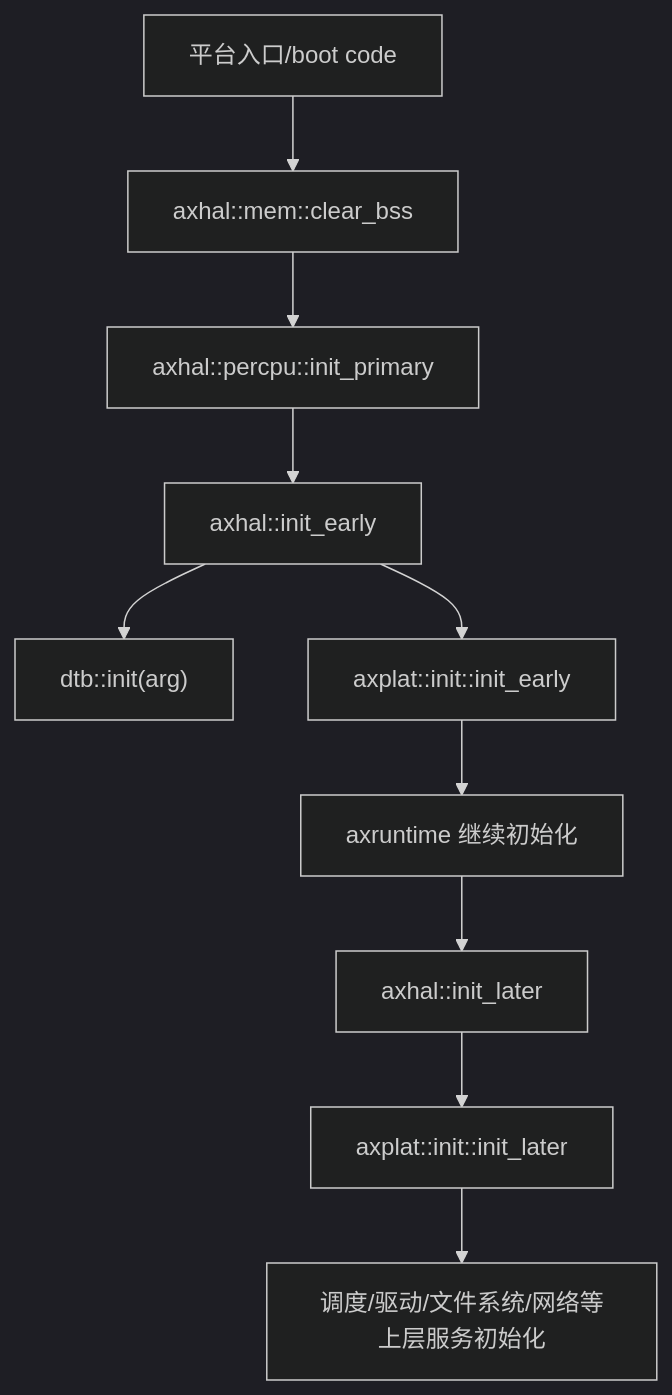
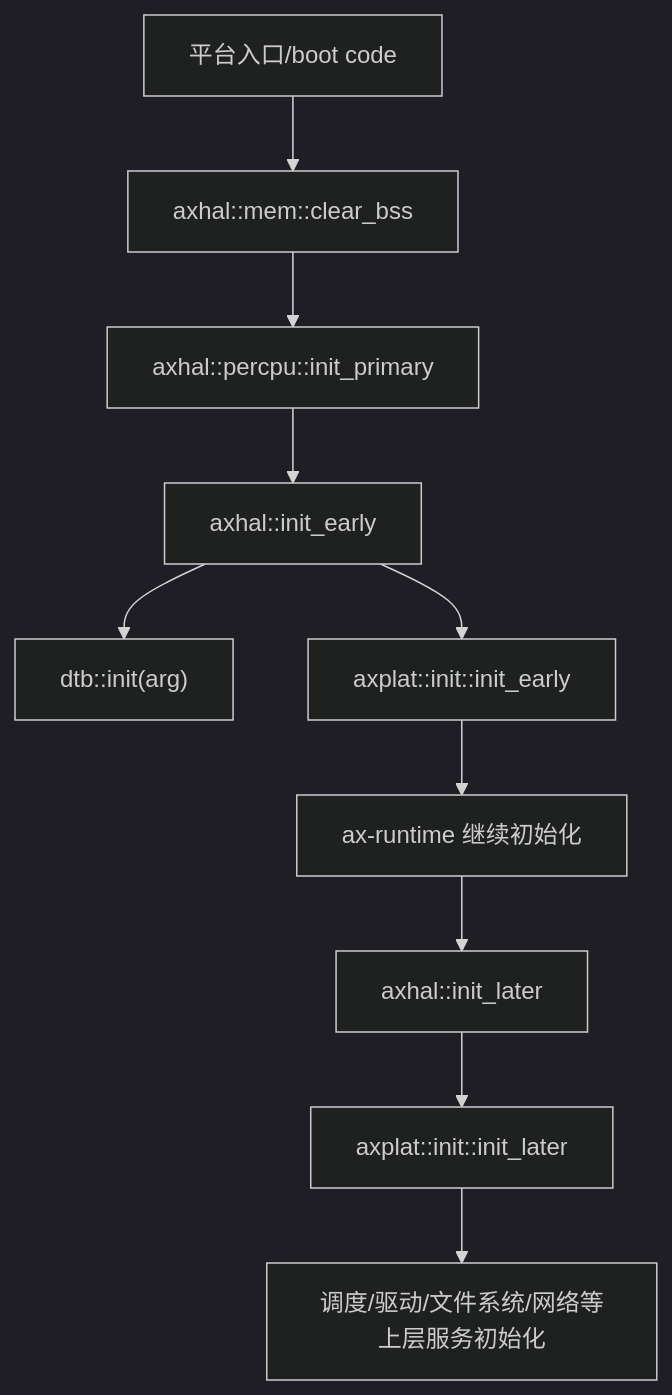
Before and after one commit to XTH852456/tgoskits: the first of 2 diagrams in docs/crates/axhal.md, drawn with Mermaid (dark theme). The commit also changed other lines of this file and 69 other files, not shown here.

Commit message:
rename axruntime to ax-runtime

````diff
--- a/docs/crates/axhal.md
+++ b/docs/crates/axhal.md
@@ -45,12 +45,12 @@
 ```mermaid
 flowchart TD
     Boot["平台入口/boot code"] --> ClearBss["axhal::mem::clear_bss"]
     ClearBss --> PerCpu["axhal::percpu::init_primary"]
     PerCpu --> Early["axhal::init_early"]
     Early --> Dtb["dtb::init(arg)"]
     Early --> PlatEarly["axplat::init::init_early"]
-    PlatEarly --> Runtime["axruntime 继续初始化"]
+    PlatEarly --> Runtime["ax-runtime 继续初始化"]
     Runtime --> Later["axhal::init_later"]
     Later --> PlatLater["axplat::init::init_later"]
     PlatLater --> Svc["调度/驱动/文件系统/网络等上层服务初始化"]
 ```
````
